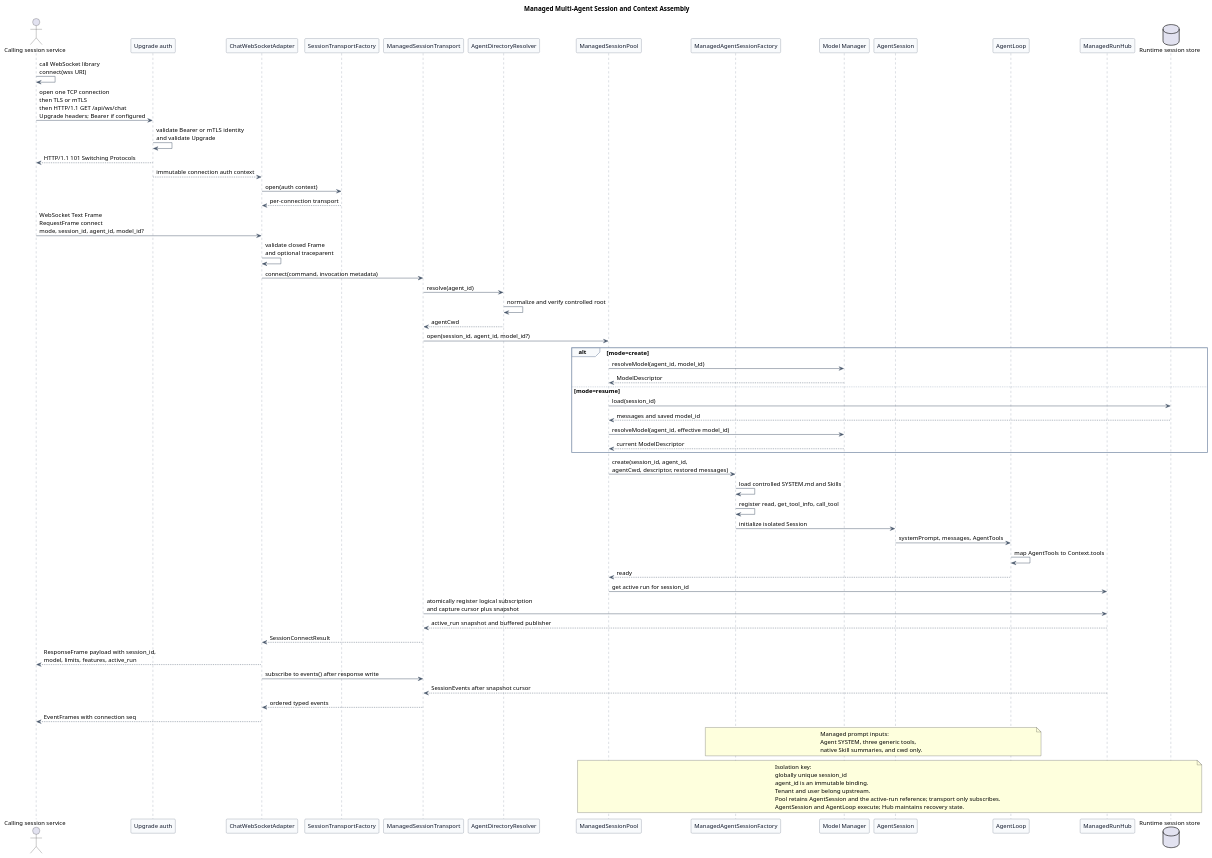
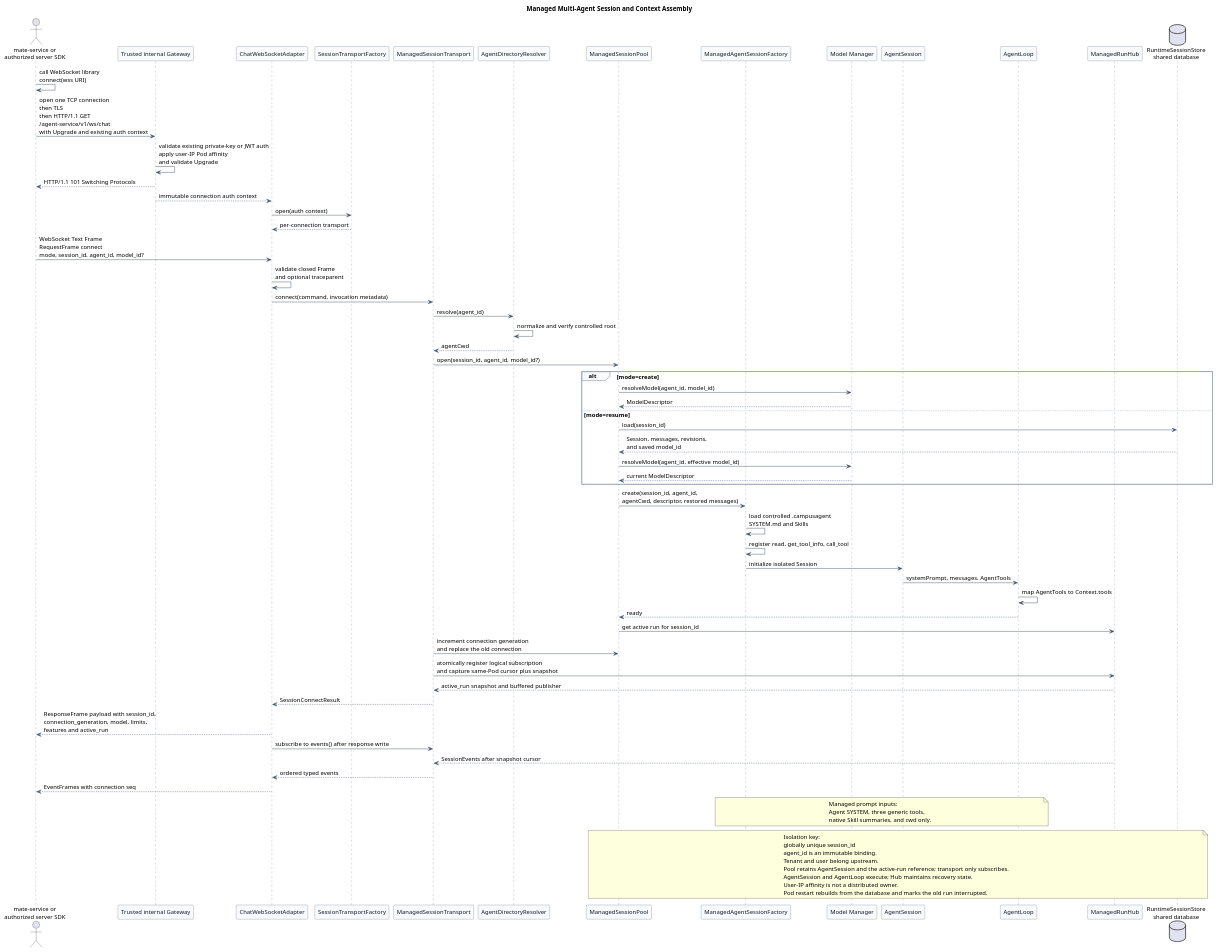
The second of 8 diagrams in pi-mono-java-manager-driven-multi-agent-runtime/diagram.puml (superheromeZzh/pi-mono-java-design), drawn with PlantUML before and after one commit. The commit also changed other lines of this file and 27 other files, not shown here.

Commit message:
docs(agent): unify CampusAgent WebSocket v2 design

```diff
--- a/pi-mono-java-manager-driven-multi-agent-runtime/diagram.puml
+++ b/pi-mono-java-manager-driven-multi-agent-runtime/diagram.puml
@@ -77,107 +79,113 @@
 @startuml managed_session_context_assembly
 title Managed Multi-Agent Session and Context Assembly
 
 ' Source evidence:
 ' pi-mono packages/ai/src/types.ts: Context
 ' pi-mono packages/coding-agent/src/core/system-prompt.ts: buildSystemPrompt
 ' pi-mono-java modules/coding-agent-cli/src/main/java/com/campusclaw/codingagent/session/AgentSession.java: initialize
 ' pi-mono-java modules/coding-agent-cli/src/main/java/com/campusclaw/codingagent/mode/server/SessionPool.java: getOrCreate
 ' pi-mono-java modules/coding-agent-cli/src/main/java/com/campusclaw/codingagent/mode/server/ServerMode.java: websocket route
 ' pi-mono-java modules/coding-agent-cli/src/main/java/com/campusclaw/codingagent/mode/server/ChatWebSocketHandler.java: handle
 ' pi-mono-java modules/agent-core/src/main/java/com/campusclaw/agent/loop/AgentLoop.java: invokeModel, toLlmTools
 ' Observed behavior: Java currently reads conversation_id during Upgrade and uses one base cwd.
 ' Java divergence: v2 authenticates Upgrade and maps closed Frames to a server-side SessionTransport.
 ' Architecture change: ManagedSessionTransport owns logical connection state; WebSocket is an adapter.
 ' Target design: globally unique session_id is the only SessionPool key; tenant and user stay upstream.
 ' Target design: a wss URI starts establishment; HTTP 101 establishes WebSocket transport.
 ' Target design: HTTP Upgrade and the first connect RequestFrame are separate protocol phases.
+' Target design: trusted Gateway authentication and user-IP affinity precede agent-service.
+' Target design: one Pod owns one active connection generation per Session.
+' Target design: database history is authoritative; no target Session JSONL is generated.
 ' Design reason: isolate prompt, model, tool, persistence, and run recovery across Agents.
 
 skinparam backgroundColor #FFFFFF
 skinparam shadowing false
 skinparam defaultFontName Arial
 skinparam defaultFontSize 13
 skinparam participant {
   BackgroundColor #F8FAFC
   BorderColor #475569
   FontColor #0F172A
 }
 skinparam ArrowColor #475569
 skinparam sequence {
   LifeLineBorderColor #64748B
   LifeLineBackgroundColor #F8FAFC
   GroupBorderColor #94A3B8
   GroupBackgroundColor #F8FAFC
 }
 
-actor "Calling session service" as Client
-participant "Upgrade auth" as Auth
+actor "mate-service or\nauthorized server SDK" as Client
+participant "Trusted internal Gateway" as Auth
 participant "ChatWebSocketAdapter" as WS
 participant "SessionTransportFactory" as TransportFactory
 participant "ManagedSessionTransport" as Transport
 participant "AgentDirectoryResolver" as Resolver
 participant "ManagedSessionPool" as Pool
 participant "ManagedAgentSessionFactory" as Factory
 participant "Model Manager" as ModelManager
 participant "AgentSession" as Session
 participant "AgentLoop" as Loop
 participant "ManagedRunHub" as Hub
-database "Runtime session store" as Store
+database "RuntimeSessionStore\nshared database" as Store
 
 Client -> Client : call WebSocket library\nconnect(wss URI)
-Client -> Auth : open one TCP connection\nthen TLS or mTLS\nthen HTTP/1.1 GET /api/ws/chat\nUpgrade headers; Bearer if configured
-Auth -> Auth : validate Bearer or mTLS identity\nand validate Upgrade
+Client -> Auth : open one TCP connection\nthen TLS\nthen HTTP/1.1 GET\n/agent-service/v1/ws/chat\nwith Upgrade and existing auth context
+Auth -> Auth : validate existing private-key or JWT auth\napply user-IP Pod affinity\nand validate Upgrade
 Auth --> Client : HTTP/1.1 101 Switching Protocols
 Auth --> WS : immutable connection auth context
 WS -> TransportFactory : open(auth context)
 TransportFactory --> WS : per-connection transport
 Client -> WS : WebSocket Text Frame\nRequestFrame connect\nmode, session_id, agent_id, model_id?
 WS -> WS : validate closed Frame\nand optional traceparent
 WS -> Transport : connect(command, invocation metadata)
 Transport -> Resolver : resolve(agent_id)
 Resolver -> Resolver : normalize and verify controlled root
 Resolver --> Transport : agentCwd
 Transport -> Pool : open(session_id, agent_id, model_id?)
 
 alt mode=create
   Pool -> ModelManager : resolveModel(agent_id, model_id)
   ModelManager --> Pool : ModelDescriptor
 else mode=resume
   Pool -> Store : load(session_id)
-  Store --> Pool : messages and saved model_id
+  Store --> Pool : Session, messages, revisions,\nand saved model_id
   Pool -> ModelManager : resolveModel(agent_id, effective model_id)
   ModelManager --> Pool : current ModelDescriptor
 end
 
 Pool -> Factory : create(session_id, agent_id,\nagentCwd, descriptor, restored messages)
-Factory -> Factory : load controlled SYSTEM.md and Skills
+Factory -> Factory : load controlled .campusagent\nSYSTEM.md and Skills
 Factory -> Factory : register read, get_tool_info, call_tool
 Factory -> Session : initialize isolated Session
 Session -> Loop : systemPrompt, messages, AgentTools
 Loop -> Loop : map AgentTools to Context.tools
 Loop --> Pool : ready
 Pool -> Hub : get active run for session_id
-Transport -> Hub : atomically register logical subscription\nand capture cursor plus snapshot
+Transport -> Pool : increment connection generation\nand replace the old connection
+Transport -> Hub : atomically register logical subscription\nand capture same-Pod cursor plus snapshot
 Hub --> Transport : active_run snapshot and buffered publisher
 Transport --> WS : SessionConnectResult
-WS --> Client : ResponseFrame payload with session_id,\nmodel, limits, features, active_run
+WS --> Client : ResponseFrame payload with session_id,\nconnection_generation, model, limits,\nfeatures and active_run
 WS -> Transport : subscribe to events() after response write
 Hub --> Transport : SessionEvents after snapshot cursor
 Transport --> WS : ordered typed events
 WS --> Client : EventFrames with connection seq
 
 note over Factory,Loop
 Managed prompt inputs:
 Agent SYSTEM, three generic tools,
 native Skill summaries, and cwd only.
 end note
 
 note over Pool,Store
 Isolation key:
 globally unique session_id
 agent_id is an immutable binding.
 Tenant and user belong upstream.
 Pool retains AgentSession and the active-run reference; transport only subscribes.
 AgentSession and AgentLoop execute; Hub maintains recovery state.
+User-IP affinity is not a distributed owner.
+Pod restart rebuilds from the database and marks the old run interrupted.
 end note
 @enduml
```
